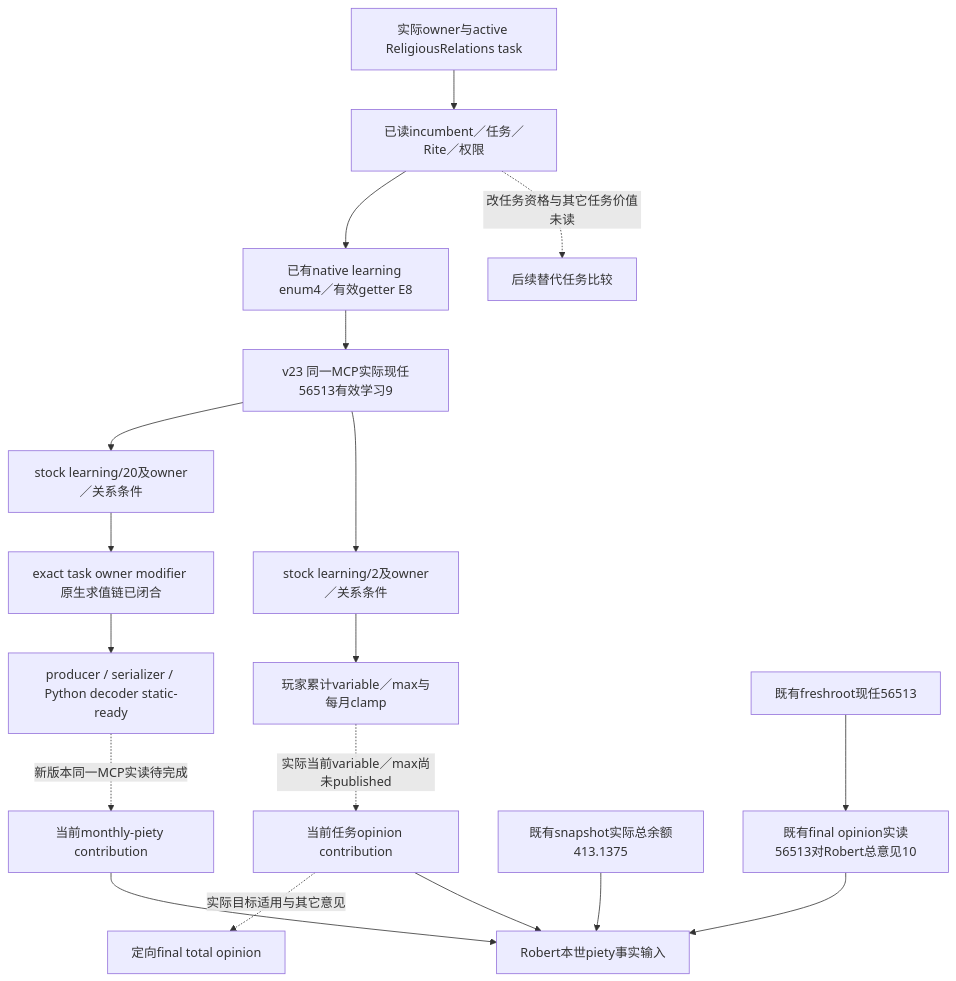
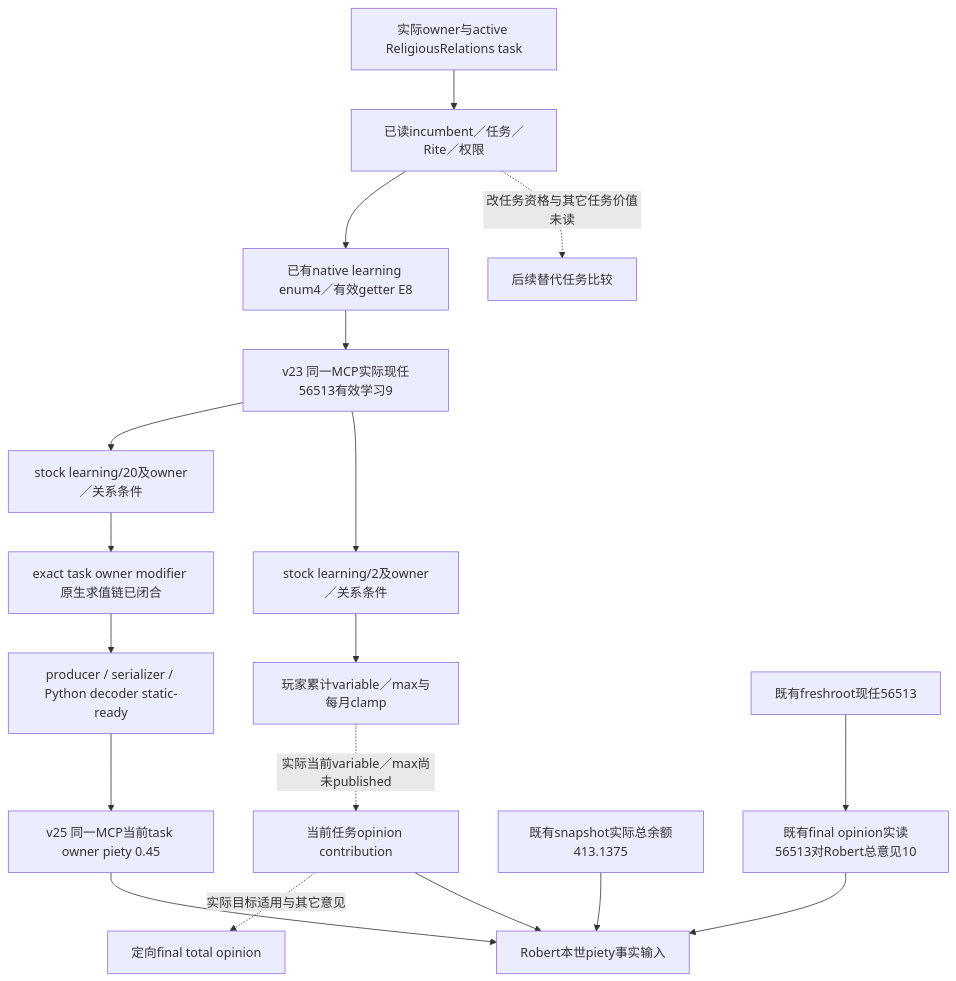
The first of 2 diagrams in docs/ck3-native-ai/religious-relations-task-value-native-ai-12003.md (XenoAmess/ck3_eternal_recurrence), drawn with Mermaid before and after one commit. The commit also changed other lines of this file and 10 other files, not shown here.

````diff
--- a/docs/ck3-native-ai/religious-relations-task-value-native-ai-12003.md
+++ b/docs/ck3-native-ai/religious-relations-task-value-native-ai-12003.md
@@ -63,20 +63,20 @@
 ```mermaid
 flowchart TD
     A[实际owner与active ReligiousRelations task] --> I[已读incumbent／任务／Rite／权限]
     I --> L[已有native learning enum4／有效getter E8]
     L --> LP[v23 同一MCP实际现任56513有效学习9]
     LP --> P[stock learning/20及owner／关系条件]
     LP --> O[stock learning/2及owner／关系条件]
     P --> E[exact task owner modifier 原生求值链已闭合]
     E --> S[producer / serializer / Python decoder static-ready]
-    S -. 新版本同一MCP实读待完成 .-> PV[当前monthly-piety contribution]
+    S --> PV[v25 同一MCP当前task owner piety 0.45]
     O --> V[玩家累计variable／max与每月clamp]
     V -. 实际当前variable／max尚未published .-> OV[当前任务opinion contribution]
     OV -. 实际目标适用与其它意见 .-> TO[定向final total opinion]
     PV --> D[Robert本世piety事实输入]
     OV --> D
     SB[既有snapshot实际总余额413.1375] --> D
     RO[既有freshroot现任56513] --> PO[既有final opinion实读56513对Robert总意见10]
     PO --> D
     I -. 改任务资格与其它任务价值未读 .-> X[后续替代任务比较]
 ```
````
